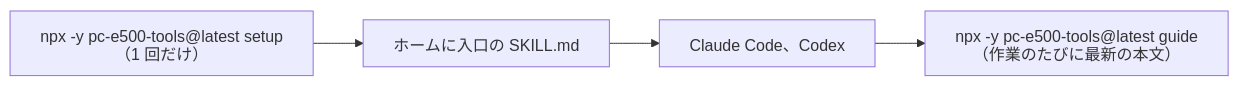
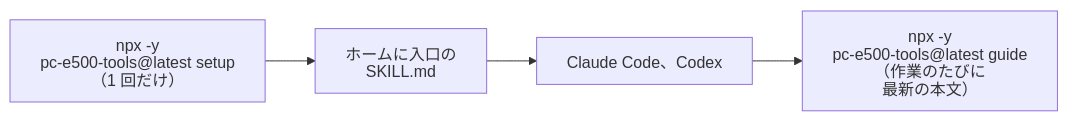
The third of 3 diagrams in docs/manual/22_COMMAND_LINE_AI.md (litchi-gh/pc-e500_tools), drawn with Mermaid before and after one commit. The commit also changed 74 other files, not shown here.

First line of the commit message:
Docs: draw Mermaid labels as SVG text so GitHub does not cut them

````diff
--- a/docs/manual/22_COMMAND_LINE_AI.md
+++ b/docs/manual/22_COMMAND_LINE_AI.md
@@ -353,7 +353,7 @@
 ```mermaid
 %%{init: {"htmlLabels": false, "flowchart": {"htmlLabels": false, "wrappingWidth": 1000}}}%%
 flowchart LR
-  U["npx -y pc-e500-tools@latest setup<br>（1 回だけ）"] --> H["ホームに入口の SKILL.md"]
+  U["npx -y<br>pc-e500-tools@latest setup<br>（1 回だけ）"] --> H["ホームに入口の<br>SKILL.md"]
   H --> A["Claude Code、Codex"]
-  A --> G["npx -y pc-e500-tools@latest guide<br>（作業のたびに最新の本文）"]
+  A --> G["npx -y<br>pc-e500-tools@latest guide<br>（作業のたびに<br>最新の本文）"]
 ```
````
